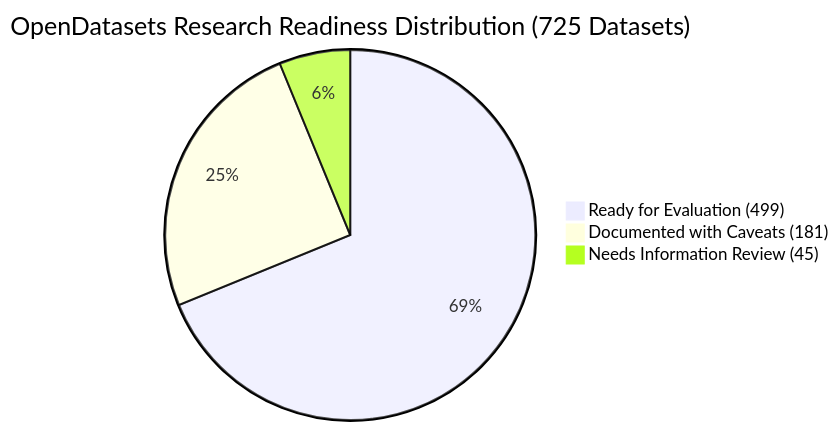
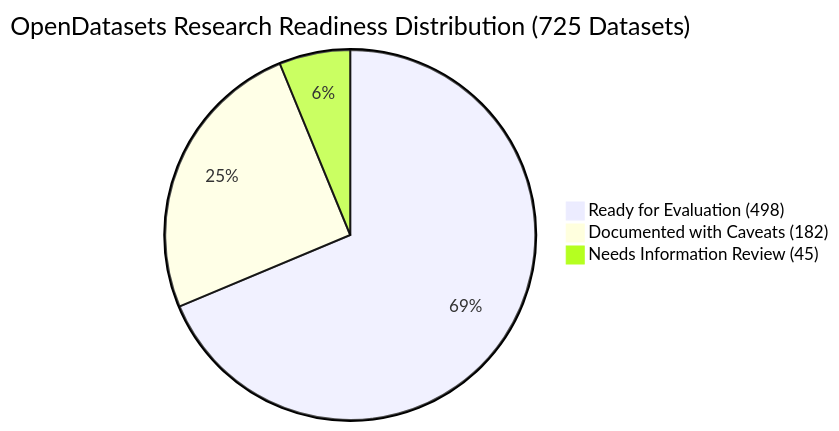
One commit to VisionX25/OpenDatasets changed the second of 2 diagrams in docs/audits/task-51/dataset-addition-report.md. Above: the diagram before and after it, drawn with Mermaid. The commit also changed other lines of this file and 22 other files, not shown here.

````diff
--- a/docs/audits/task-51/dataset-addition-report.md
+++ b/docs/audits/task-51/dataset-addition-report.md
@@ -132,6 +132,6 @@
 ```mermaid
 pie title OpenDatasets Research Readiness Distribution (725 Datasets)
-    "Ready for Evaluation (499)" : 499
-    "Documented with Caveats (181)" : 181
+    "Ready for Evaluation (498)" : 498
+    "Documented with Caveats (182)" : 182
     "Needs Information Review (45)" : 45
 ```
````
